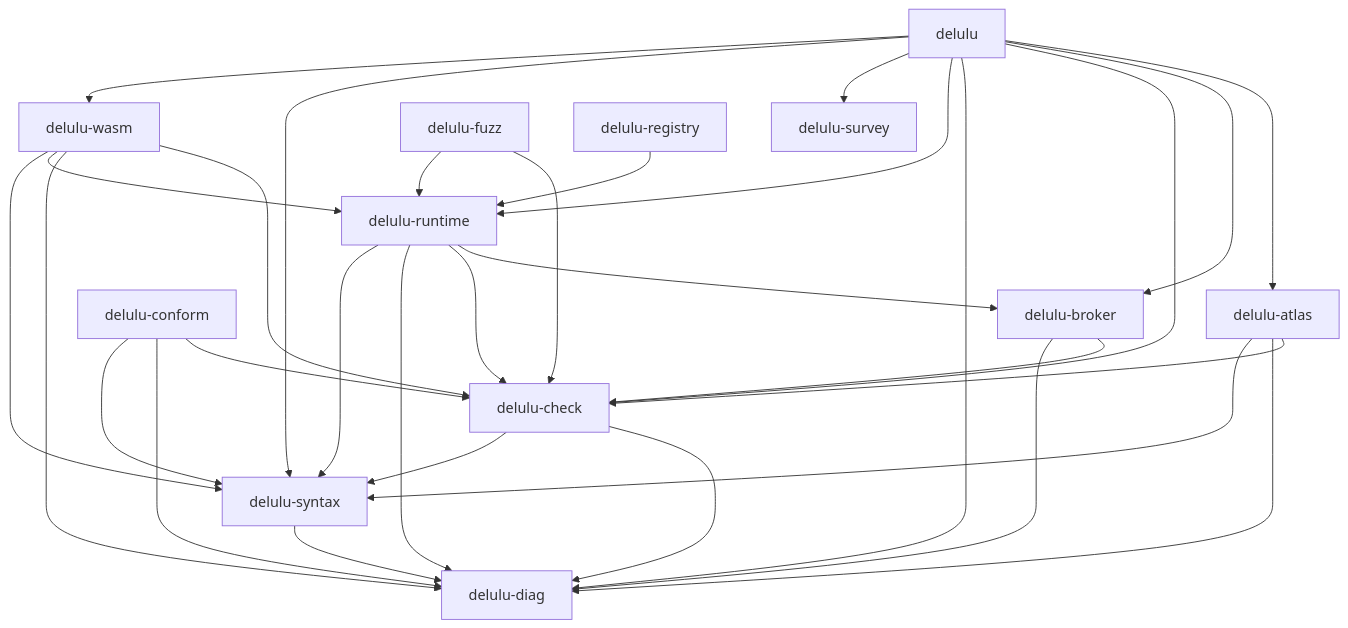
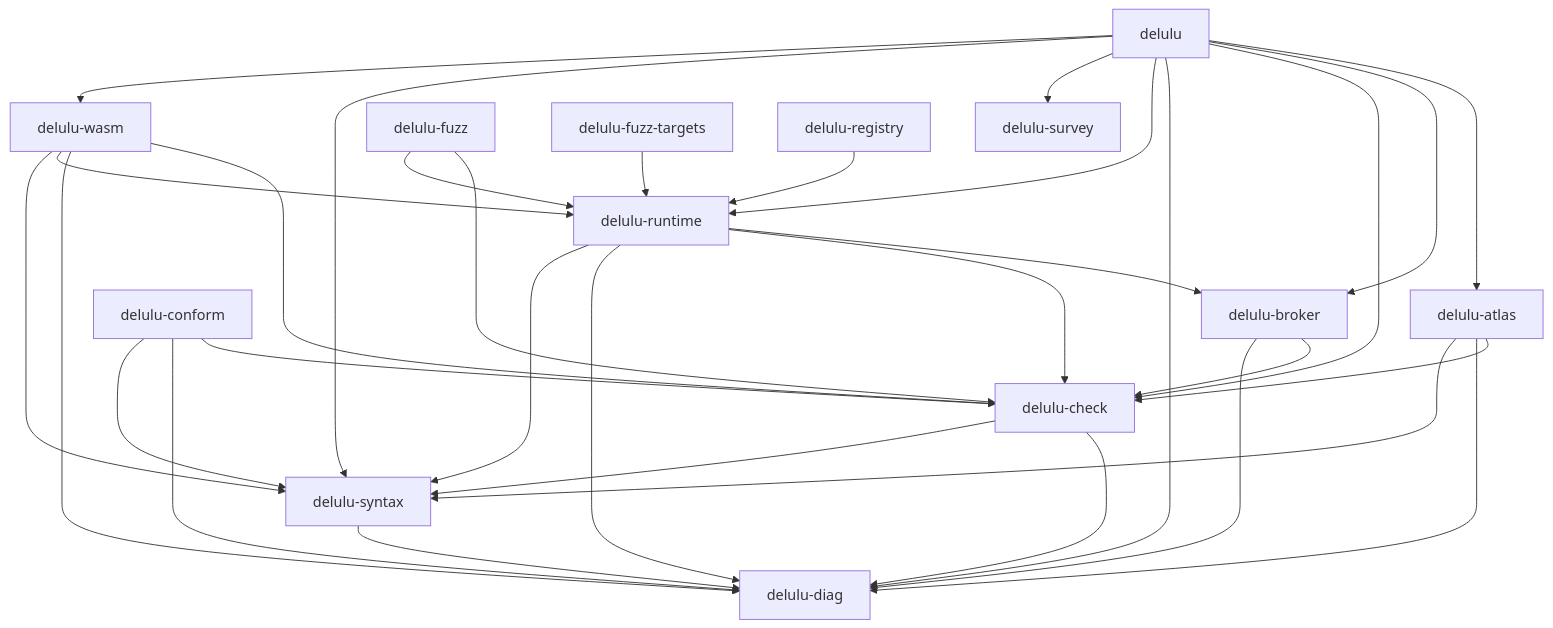
Before and after one commit to jessesuniljs1-collab/delululang-test: the diagram in docs/survey/SURVEY.md, drawn with Mermaid. The commit also changed other lines of this file and 15 other files, not shown here.

````diff
--- a/docs/survey/SURVEY.md
+++ b/docs/survey/SURVEY.md
@@ -45,33 +46,34 @@
 ```mermaid
 graph TD
   delulu["delulu"] --> delulu_atlas["delulu-atlas"]
   delulu["delulu"] --> delulu_broker["delulu-broker"]
   delulu["delulu"] --> delulu_check["delulu-check"]
   delulu["delulu"] --> delulu_diag["delulu-diag"]
   delulu["delulu"] --> delulu_runtime["delulu-runtime"]
   delulu["delulu"] --> delulu_survey["delulu-survey"]
   delulu["delulu"] --> delulu_syntax["delulu-syntax"]
   delulu["delulu"] --> delulu_wasm["delulu-wasm"]
   delulu_atlas["delulu-atlas"] --> delulu_check["delulu-check"]
   delulu_atlas["delulu-atlas"] --> delulu_diag["delulu-diag"]
   delulu_atlas["delulu-atlas"] --> delulu_syntax["delulu-syntax"]
   delulu_broker["delulu-broker"] --> delulu_check["delulu-check"]
   delulu_broker["delulu-broker"] --> delulu_diag["delulu-diag"]
   delulu_check["delulu-check"] --> delulu_diag["delulu-diag"]
   delulu_check["delulu-check"] --> delulu_syntax["delulu-syntax"]
   delulu_conform["delulu-conform"] --> delulu_check["delulu-check"]
   delulu_conform["delulu-conform"] --> delulu_diag["delulu-diag"]
   delulu_conform["delulu-conform"] --> delulu_syntax["delulu-syntax"]
   delulu_fuzz["delulu-fuzz"] --> delulu_check["delulu-check"]
   delulu_fuzz["delulu-fuzz"] --> delulu_runtime["delulu-runtime"]
+  delulu_fuzz_targets["delulu-fuzz-targets"] --> delulu_runtime["delulu-runtime"]
   delulu_registry["delulu-registry"] --> delulu_runtime["delulu-runtime"]
   delulu_runtime["delulu-runtime"] --> delulu_broker["delulu-broker"]
   delulu_runtime["delulu-runtime"] --> delulu_check["delulu-check"]
   delulu_runtime["delulu-runtime"] --> delulu_diag["delulu-diag"]
   delulu_runtime["delulu-runtime"] --> delulu_syntax["delulu-syntax"]
   delulu_syntax["delulu-syntax"] --> delulu_diag["delulu-diag"]
   delulu_wasm["delulu-wasm"] --> delulu_check["delulu-check"]
   delulu_wasm["delulu-wasm"] --> delulu_diag["delulu-diag"]
   delulu_wasm["delulu-wasm"] --> delulu_runtime["delulu-runtime"]
   delulu_wasm["delulu-wasm"] --> delulu_syntax["delulu-syntax"]
 ```
````
